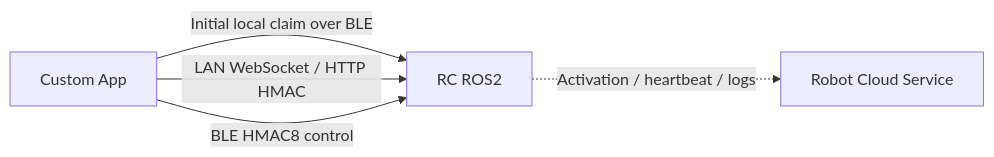
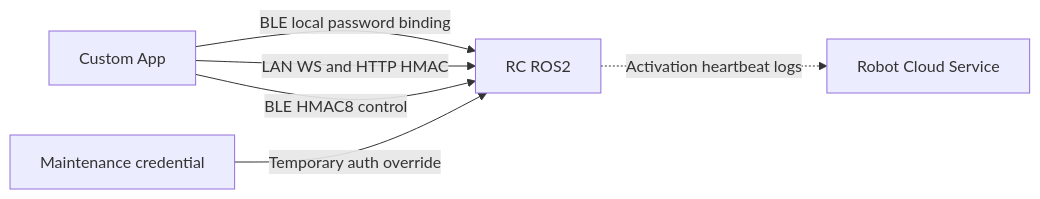
The diagram in docs/software/new_backend_api.en.md (bxirobotics/BXI_Wiki), drawn with Mermaid before and after one commit. The commit also changed other lines of this file and 1 other file, not shown here.

````diff
--- a/docs/software/new_backend_api.en.md
+++ b/docs/software/new_backend_api.en.md
@@ -15,7 +15,8 @@
 ```mermaid
 flowchart LR
-    A[Custom App] -->|Initial local claim over BLE| R[RC ROS2]
-    A -->|LAN WebSocket / HTTP HMAC| R
+    A[Custom App] -->|BLE local password binding| R[RC ROS2]
+    A -->|LAN WS and HTTP HMAC| R
     A -->|BLE HMAC8 control| R
-    R -.->|Activation / heartbeat / logs| C[Robot Cloud Service]
+    M[Maintenance credential] -->|Temporary auth override| R
+    R -.->|Activation heartbeat logs| C[Robot Cloud Service]
 ```
````
